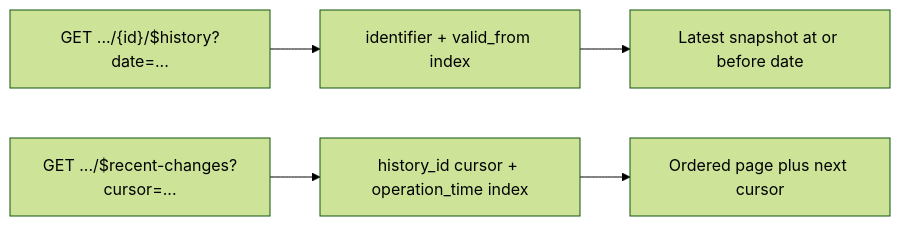
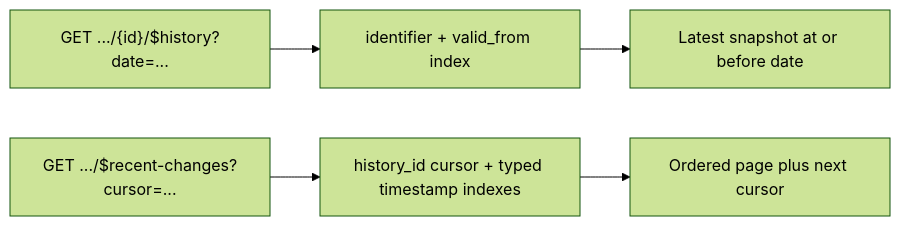
One commit to eclipse-basyx/basyx-go-components changed the third of 3 diagrams in docu/developer/aas_v3_2_runtime.md. Above: the diagram before and after it, drawn with Mermaid (forest theme). The commit also changed other lines of this file and 33 other files, not shown here.

````diff
--- a/docu/developer/aas_v3_2_runtime.md
+++ b/docu/developer/aas_v3_2_runtime.md
@@ -236,7 +238,7 @@
 ```mermaid
 flowchart LR
     Historical["GET .../{id}/$history?date=..."] --> Validity["identifier + valid_from index"]
     Validity --> Snapshot["Latest snapshot at or before date"]
-    Recent["GET .../$recent-changes?cursor=..."] --> Cursor["history_id cursor + operation_time index"]
+    Recent["GET .../$recent-changes?cursor=..."] --> Cursor["history_id cursor + typed timestamp indexes"]
     Cursor --> Page["Ordered page plus next cursor"]
 ```
````
